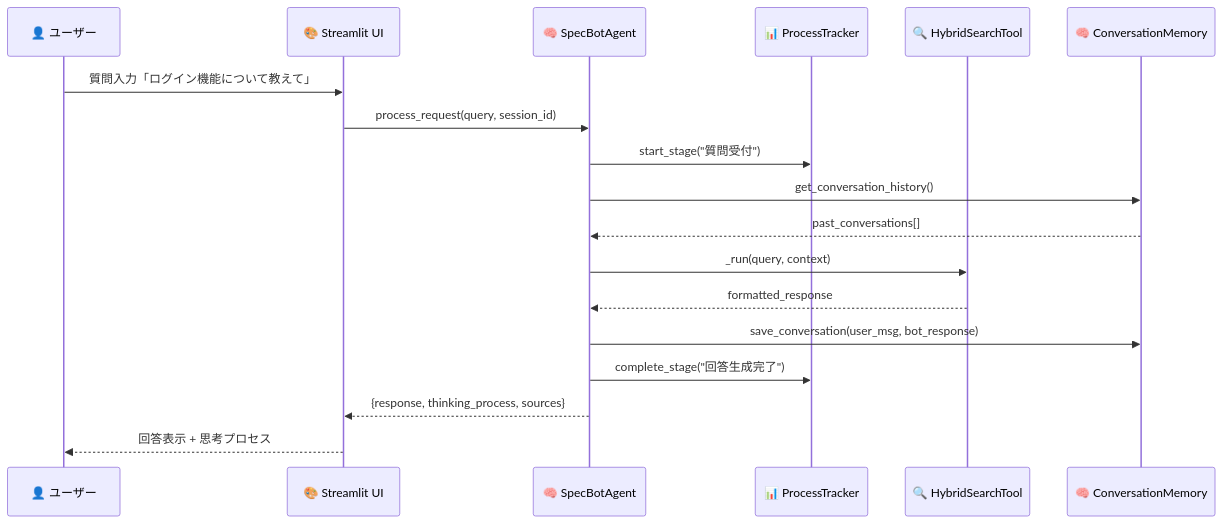
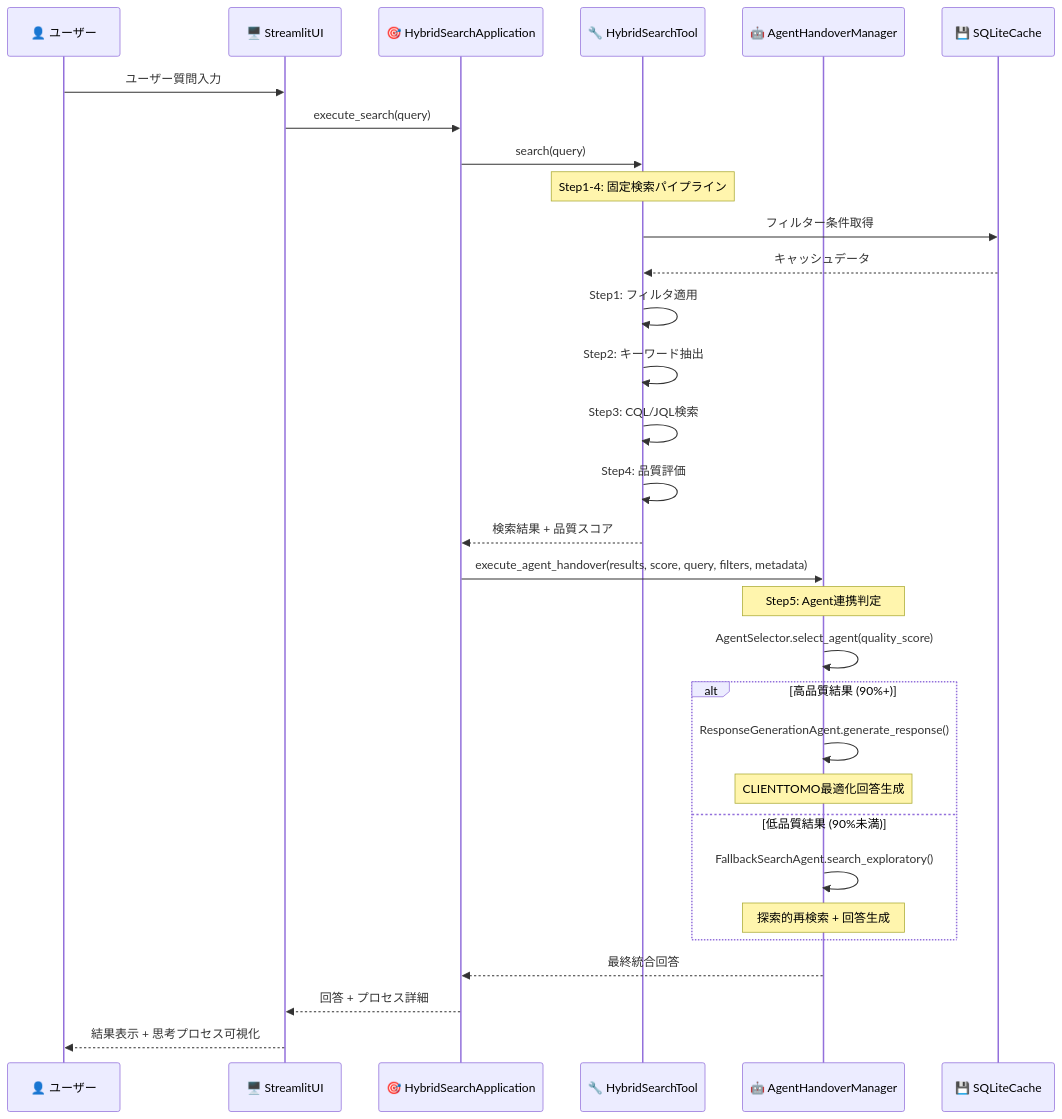
Before and after one commit to gucchon001/attratian_chatbot: the first of 13 diagrams in docs/SPEC-DS-005B シーケンス図設計書.md, drawn with Mermaid. The commit also changed other lines of this file and 9 other files, not shown here.

````diff
--- a/docs/SPEC-DS-005B シーケンス図設計書.md
+++ b/docs/SPEC-DS-005B シーケンス図設計書.md
@@ -17,25 +16,38 @@
 ```mermaid
 sequenceDiagram
     participant User as 👤 ユーザー
-    participant UI as 🎨 Streamlit UI
-    participant Agent as 🧠 SpecBotAgent
-    participant Tracker as 📊 ProcessTracker
-    participant Tool as 🔍 HybridSearchTool
-    participant Memory as 🧠 ConversationMemory
-
-    User->>UI: 質問入力「ログイン機能について教えて」
-    UI->>Agent: process_request(query, session_id)
+    participant UI as 🖥️ StreamlitUI
+    participant App as 🎯 HybridSearchApplication
+    participant Tool as 🔧 HybridSearchTool
+    participant Manager as 🤖 AgentHandoverManager
+    participant Cache as 💾 SQLiteCache
     
-    Agent->>Tracker: start_stage("質問受付")
-    Agent->>Memory: get_conversation_history()
-    Memory-->>Agent: past_conversations[]
+    User->>UI: ユーザー質問入力
+    UI->>App: execute_search(query)
     
-    Agent->>Tool: _run(query, context)
-    Tool-->>Agent: formatted_response
+    App->>Tool: search(query)
+    Note over Tool: Step1-4: 固定検索パイプライン
+    Tool->>Cache: フィルター条件取得
+    Cache-->>Tool: キャッシュデータ
+    Tool->>Tool: Step1: フィルタ適用
+    Tool->>Tool: Step2: キーワード抽出
+    Tool->>Tool: Step3: CQL/JQL検索
+    Tool->>Tool: Step4: 品質評価
+    Tool-->>App: 検索結果 + 品質スコア
     
-    Agent->>Memory: save_conversation(user_msg, bot_response)
-    Agent->>Tracker: complete_stage("回答生成完了")
+    App->>Manager: execute_agent_handover(results, score, query, filters, metadata)
+    Note over Manager: Step5: Agent連携判定
+    Manager->>Manager: AgentSelector.select_agent(quality_score)
     
-    Agent-->>UI: {response, thinking_process, sources}
-    UI-->>User: 回答表示 + 思考プロセス
+    alt 高品質結果 (90%+)
+        Manager->>Manager: ResponseGenerationAgent.generate_response()
+        Note over Manager: CLIENTTOMO最適化回答生成
+    else 低品質結果 (90%未満)
+        Manager->>Manager: FallbackSearchAgent.search_exploratory()
+        Note over Manager: 探索的再検索 + 回答生成
+    end
+    
+    Manager-->>App: 最終統合回答
+    App-->>UI: 回答 + プロセス詳細
+    UI-->>User: 結果表示 + 思考プロセス可視化
 ```
````
